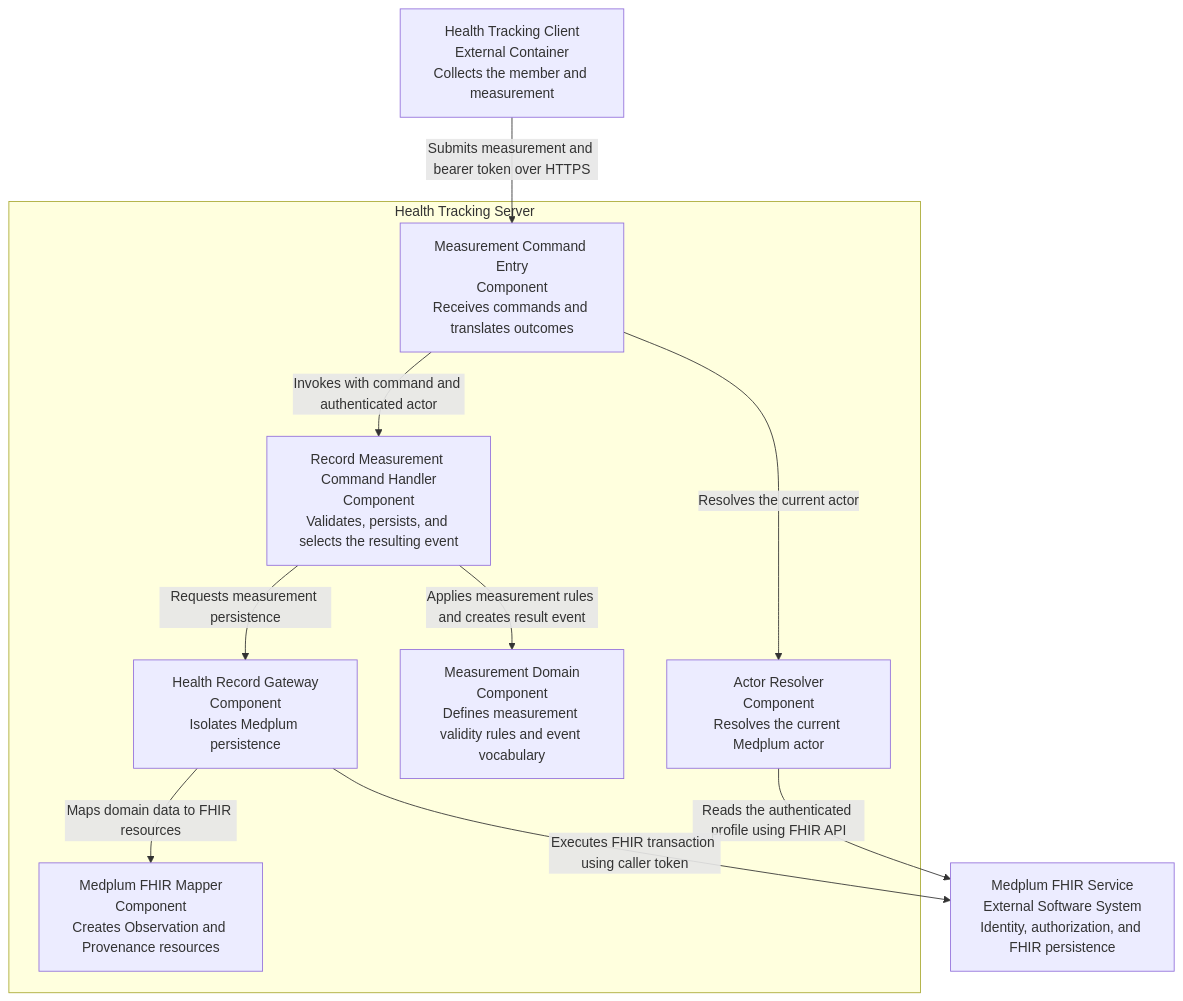
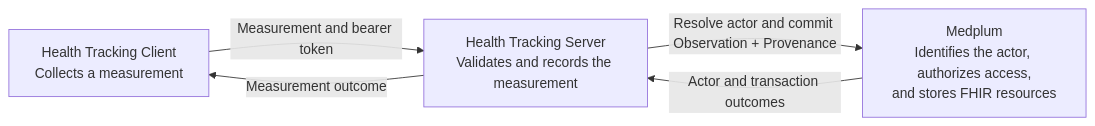
One commit to ragavsathish/medplum changed the first of 2 diagrams in dhf/documents/design/health_tracking.md. Above: the diagram before and after it, drawn with Mermaid. The commit also changed other lines of this file, not shown here.

Commit message:
docs: simplify health tracking SDD

````diff
--- a/dhf/documents/design/health_tracking.md
+++ b/dhf/documents/design/health_tracking.md
@@ -73,23 +46,11 @@
 ```mermaid
-flowchart TB
-    client["Health Tracking Client<br/>External Container<br/>Collects the member and measurement"]
-    medplum["Medplum FHIR Service<br/>External Software System<br/>Identity, authorization, and FHIR persistence"]
+flowchart LR
+    client["Health Tracking Client<br/>Collects a measurement"]
+    server["Health Tracking Server<br/>Validates and records the measurement"]
+    medplum["Medplum<br/>Identifies the actor, authorizes access,<br/>and stores FHIR resources"]
 
-    subgraph server["Health Tracking Server"]
-        http["Measurement Command Entry<br/>Component<br/>Receives commands and translates outcomes"]
-        identity["Actor Resolver<br/>Component<br/>Resolves the current Medplum actor"]
-        application["Record Measurement Command Handler<br/>Component<br/>Validates, persists, and selects the resulting event"]
-        domain["Measurement Domain<br/>Component<br/>Defines measurement validity rules and event vocabulary"]
-        repository["Health Record Gateway<br/>Component<br/>Isolates Medplum persistence"]
-        mapper["Medplum FHIR Mapper<br/>Component<br/>Creates Observation and Provenance resources"]
-    end
-
-    client -->|"Submits measurement and bearer token over HTTPS"| http
-    http -->|"Resolves the current actor"| identity
-    identity -->|"Reads the authenticated profile using FHIR API"| medplum
-    http -->|"Invokes with command and authenticated actor"| application
-    application -->|"Applies measurement rules and creates result event"| domain
-    application -->|"Requests measurement persistence"| repository
-    repository -->|"Maps domain data to FHIR resources"| mapper
-    repository -->|"Executes FHIR transaction using caller token"| medplum
+    client -->|"Measurement and bearer token"| server
+    server -->|"Resolve actor and commit Observation + Provenance"| medplum
+    medplum -->|"Actor and transaction outcomes"| server
+    server -->|"Measurement outcome"| client
 ```
````
